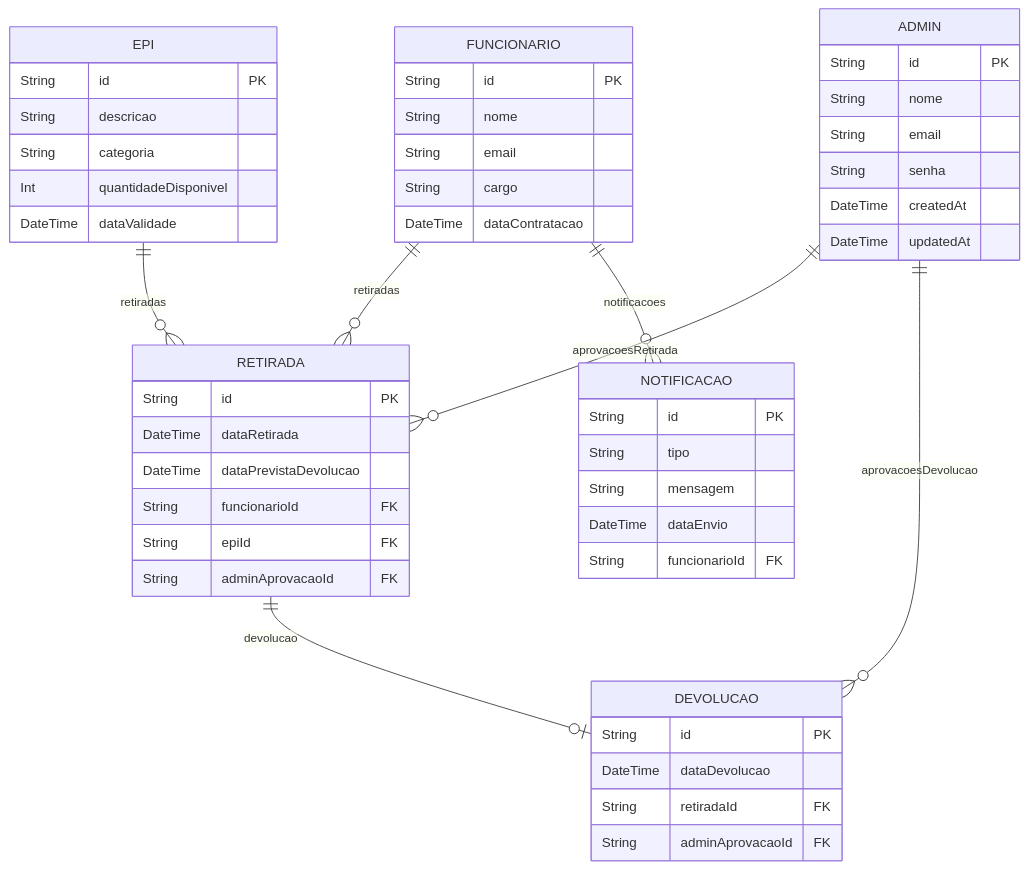
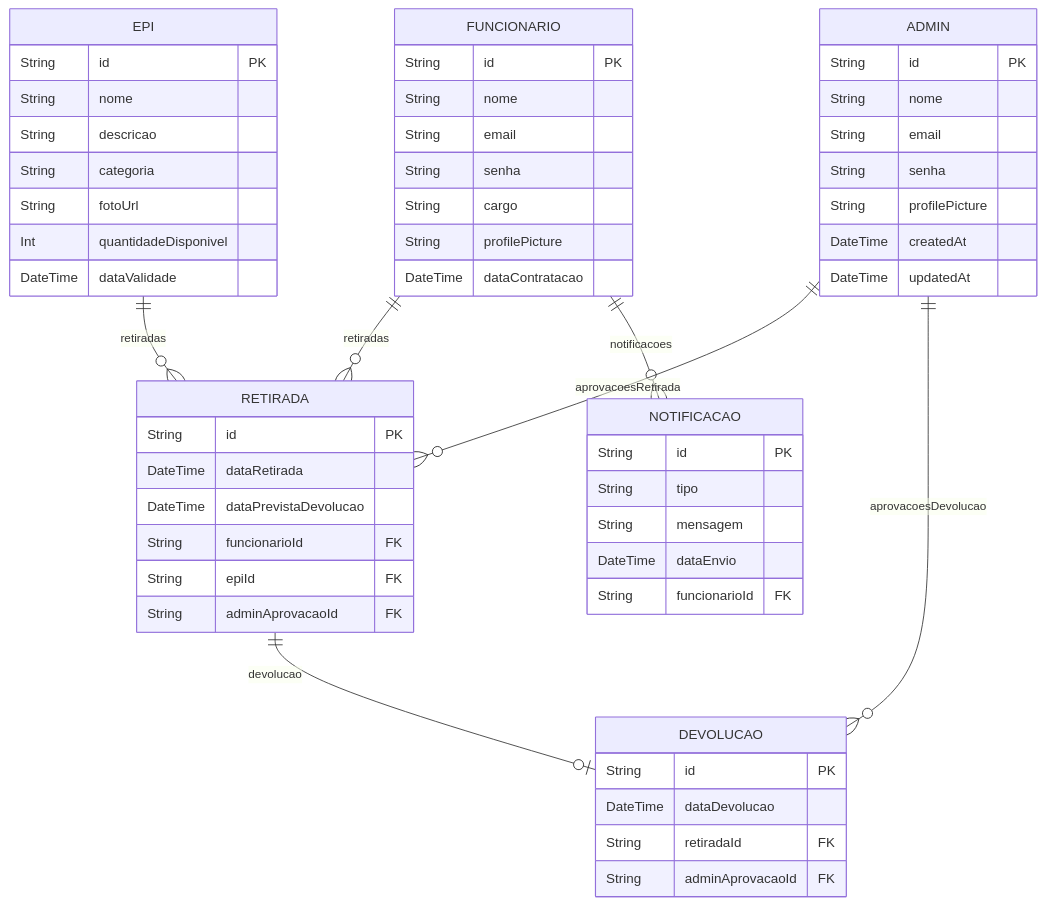
Before and after one commit to pedromotta462/Sistema-controle-EPIs: the diagram in README.md, drawn with Mermaid.

````diff
--- a/README.md
+++ b/README.md
@@ -7,59 +7,64 @@
 ```mermaid
 erDiagram
     FUNCIONARIO {
         String id PK
         String nome
         String email
+        String senha
         String cargo
+        String profilePicture
         DateTime dataContratacao
     }
 
     EPI {
         String id PK
+        String nome
         String descricao
         String categoria
+        String fotoUrl
         Int quantidadeDisponivel
         DateTime dataValidade
     }
 
     RETIRADA {
         String id PK
         DateTime dataRetirada
         DateTime dataPrevistaDevolucao
         String funcionarioId FK
         String epiId FK
         String adminAprovacaoId FK
     }
 
     DEVOLUCAO {
         String id PK
         DateTime dataDevolucao
         String retiradaId FK
         String adminAprovacaoId FK
     }
 
     NOTIFICACAO {
         String id PK
         String tipo
         String mensagem
         DateTime dataEnvio
         String funcionarioId FK
     }
 
     ADMIN {
         String id PK
         String nome
         String email
         String senha
+        String profilePicture
         DateTime createdAt
         DateTime updatedAt
     }
 
     FUNCIONARIO ||--o{ RETIRADA : retiradas
     EPI ||--o{ RETIRADA : retiradas
     RETIRADA ||--o| DEVOLUCAO : devolucao
     FUNCIONARIO ||--o{ NOTIFICACAO : notificacoes
     ADMIN ||--o{ RETIRADA : aprovacoesRetirada
     ADMIN ||--o{ DEVOLUCAO : aprovacoesDevolucao
 
 ```
````
